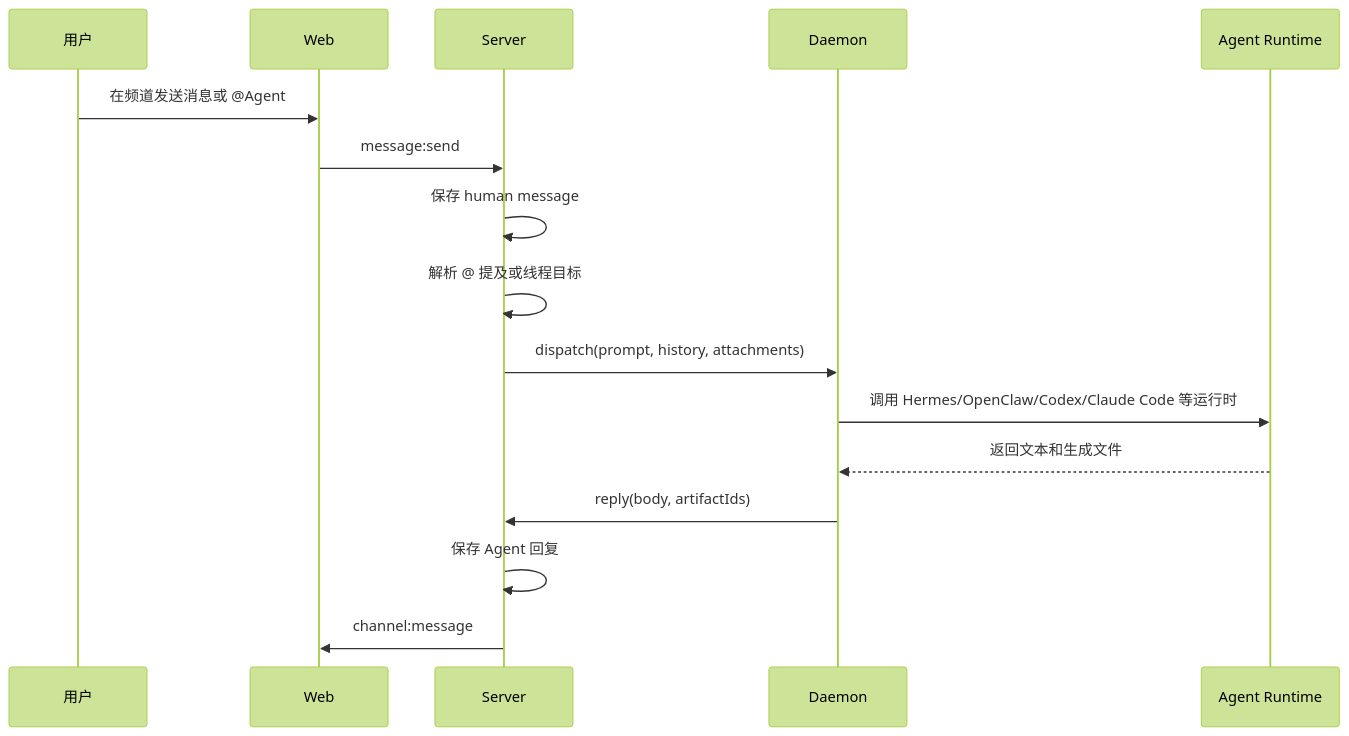
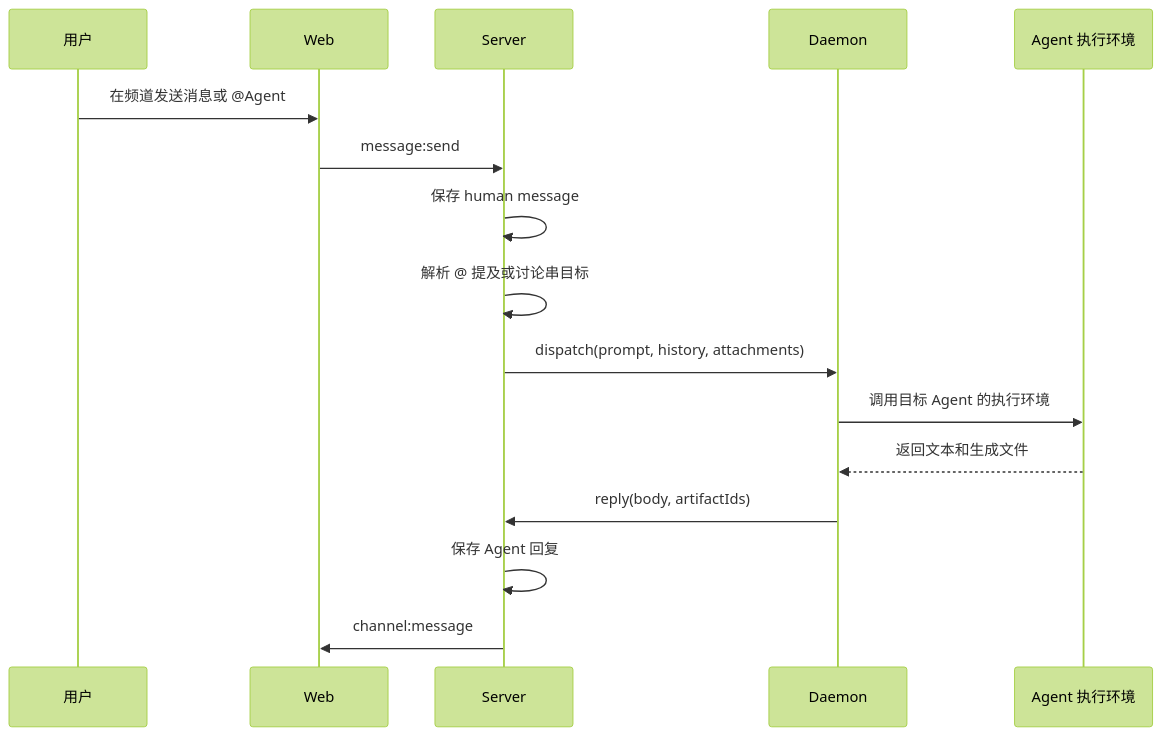
Before and after one commit to xiaojichao/agentbean: the fourth of 6 diagrams in README.md, drawn with Mermaid (forest theme). The commit also changed other lines of this file and 8 other files, not shown here.

````diff
--- a/README.md
+++ b/README.md
@@ -137,19 +137,19 @@
 ```mermaid
 sequenceDiagram
   participant U as 用户
   participant W as Web
   participant S as Server
   participant D as Daemon
-  participant A as Agent Runtime
+  participant A as Agent 执行环境
 
   U->>W: 在频道发送消息或 @Agent
   W->>S: message:send
   S->>S: 保存 human message
-  S->>S: 解析 @ 提及或线程目标
+  S->>S: 解析 @ 提及或讨论串目标
   S->>D: dispatch(prompt, history, attachments)
-  D->>A: 调用 Hermes/OpenClaw/Codex/Claude Code 等运行时
+  D->>A: 调用目标 Agent 的执行环境
   A-->>D: 返回文本和生成文件
   D->>S: reply(body, artifactIds)
   S->>S: 保存 Agent 回复
   S->>W: channel:message
 ```
````
